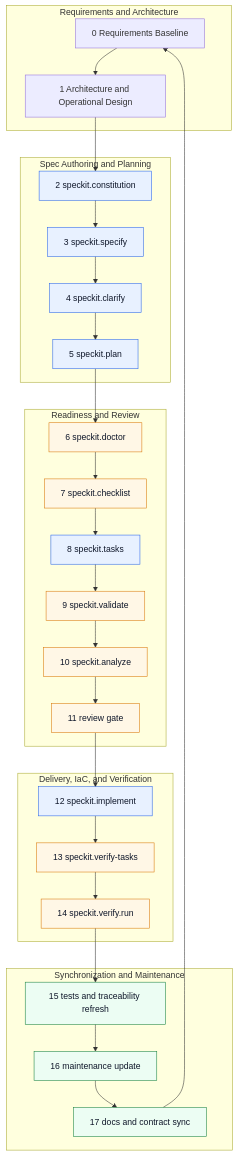
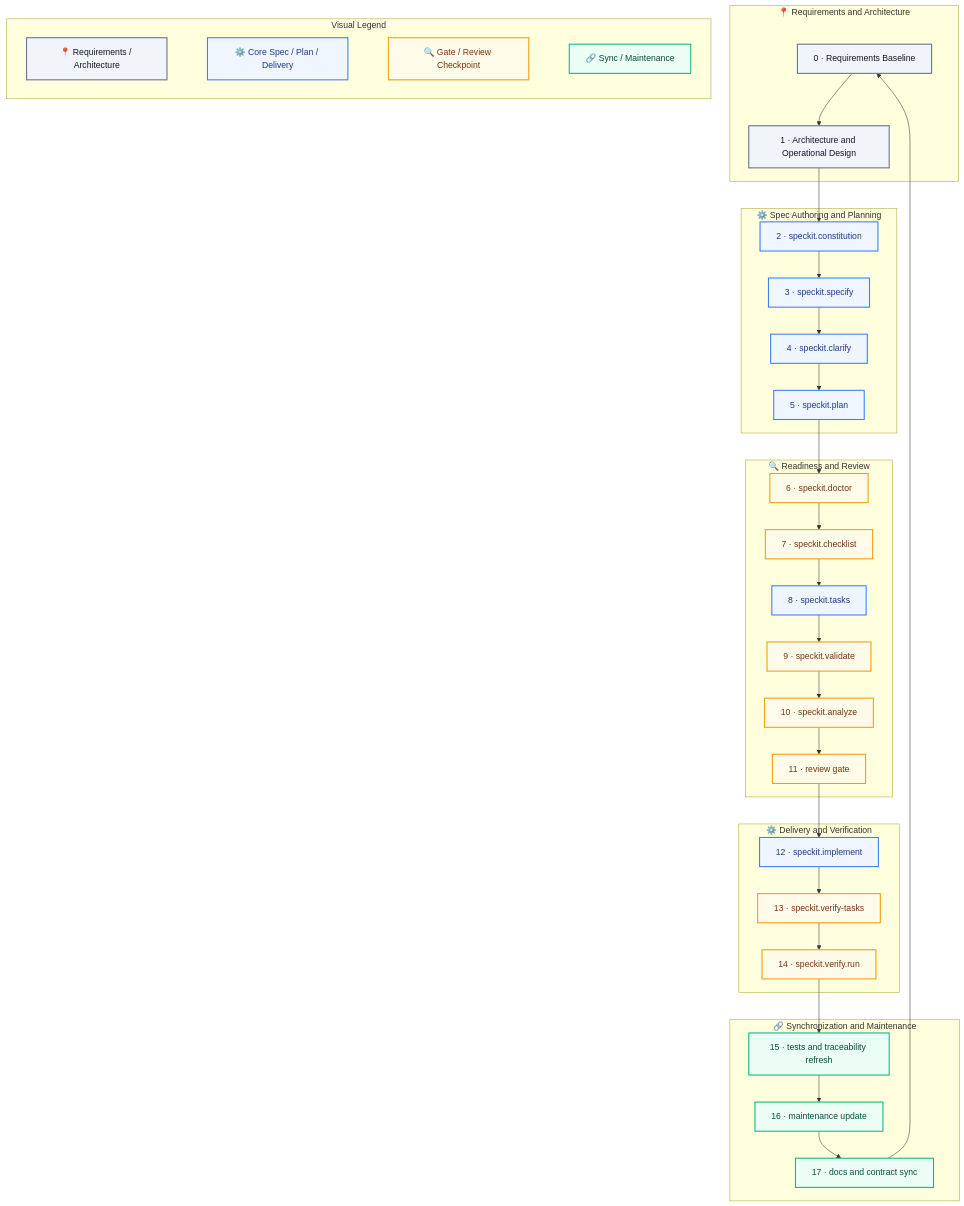
One commit to d-dragon/dp-stock-investment-assistant changed the second of 4 diagrams in docs/spec-driven development (SDD)/spec-kit HOW-TO.md. Above: the diagram before and after it, drawn with Mermaid. The commit also changed other lines of this file and 28 other files, not shown here.

First line of the commit message:
feat(prompt-system-m1): implement prompt compiler path baseline with PromptAssetLoader

````diff
--- a/docs/spec-driven development (SDD)/spec-kit HOW-TO.md
+++ b/docs/spec-driven development (SDD)/spec-kit HOW-TO.md
@@ -314,36 +433,52 @@
 ```mermaid
 flowchart TB
-  subgraph F0[Requirements and Architecture]
-    S0[0 Requirements Baseline] --> S1[1 Architecture and Operational Design]
+  %% 18-Step placement in SDLC Loop
+  subgraph F0["📍 Requirements and Architecture"]
+    S0["0 · Requirements Baseline"] --> S1["1 · Architecture and Operational Design"]
   end
 
-  subgraph F1[Spec Authoring and Planning]
-    S2[2 speckit.constitution] --> S3[3 speckit.specify] --> S4[4 speckit.clarify] --> S5[5 speckit.plan]
+  subgraph F1["⚙️ Spec Authoring and Planning"]
+    S2["2 · speckit.constitution"] --> S3["3 · speckit.specify"]
+    S3 --> S4["4 · speckit.clarify"] --> S5["5 · speckit.plan"]
   end
 
-  subgraph F2[Readiness and Review]
-    S6[6 speckit.doctor] --> S7[7 speckit.checklist] --> S8[8 speckit.tasks] --> S9[9 speckit.validate] --> S10[10 speckit.analyze] --> S11[11 review gate]
+  subgraph F2["🔍 Readiness and Review"]
+    S6["6 · speckit.doctor"] --> S7["7 · speckit.checklist"]
+    S7 --> S8["8 · speckit.tasks"] --> S9["9 · speckit.validate"]
+    S9 --> S10["10 · speckit.analyze"] --> S11["11 · review gate"]
   end
 
-  subgraph F3[Delivery, IaC, and Verification]
-    S12[12 speckit.implement] --> S13[13 speckit.verify-tasks] --> S14[14 speckit.verify.run]
+  subgraph F3["⚙️ Delivery and Verification"]
+    S12["12 · speckit.implement"] --> S13["13 · speckit.verify-tasks"]
+    S13 --> S14["14 · speckit.verify.run"]
   end
 
-  subgraph F4[Synchronization and Maintenance]
-    S15[15 tests and traceability refresh] --> S16[16 maintenance update] --> S17[17 docs and contract sync]
+  subgraph F4["🔗 Synchronization and Maintenance"]
+    S15["15 · tests and traceability refresh"] --> S16["16 · maintenance update"]
+    S16 --> S17["17 · docs and contract sync"]
   end
 
   S1 --> S2
   S5 --> S6
   S11 --> S12
   S14 --> S15
   S17 --> S0
 
-  classDef core fill:#E8F1FF,stroke:#2563EB,stroke-width:1px,color:#0F172A;
-  classDef gate fill:#FFF7E6,stroke:#D97706,stroke-width:1px,color:#0F172A;
-  classDef sync fill:#ECFDF3,stroke:#15803D,stroke-width:1px,color:#0F172A;
+  %% Legend Subgraph
+  subgraph Legend ["Visual Legend"]
+    direction LR
+    L_F0["📍 Requirements / Architecture"] ~~~ L_F1["⚙️ Core Spec / Plan / Delivery"]
+    L_F1 ~~~ L_F2["🔍 Gate / Review Checkpoint"] ~~~ L_F4["🔗 Sync / Maintenance"]
+  end
 
-  class S2,S3,S4,S5,S8,S12 core;
-  class S6,S7,S9,S10,S11,S13,S14 gate;
-  class S15,S16,S17 sync;
+  %% Styling Definitions
+  classDef neutral fill:#F1F5F9,stroke:#64748B,stroke-width:2px,color:#0F172A;
+  classDef core fill:#EFF6FF,stroke:#3B82F6,stroke-width:2px,color:#1E3A8A;
+  classDef gate fill:#FFFBEB,stroke:#F59E0B,stroke-width:2px,color:#78350F;
+  classDef sync fill:#ECFDF5,stroke:#10B981,stroke-width:2px,color:#064E3B;
+
+  class S0,S1,L_F0 neutral;
+  class S2,S3,S4,S5,S8,S12,L_F1 core;
+  class S6,S7,S9,S10,S11,S13,S14,L_F2 gate;
+  class S15,S16,S17,L_F4 sync;
 ```
````
